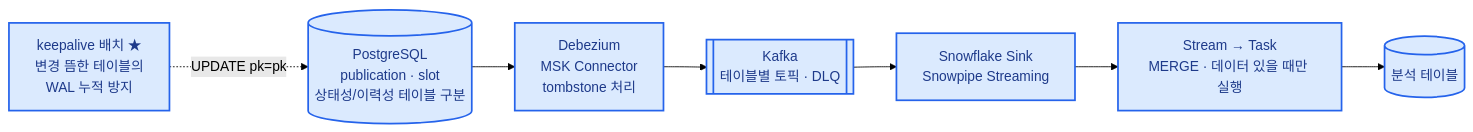
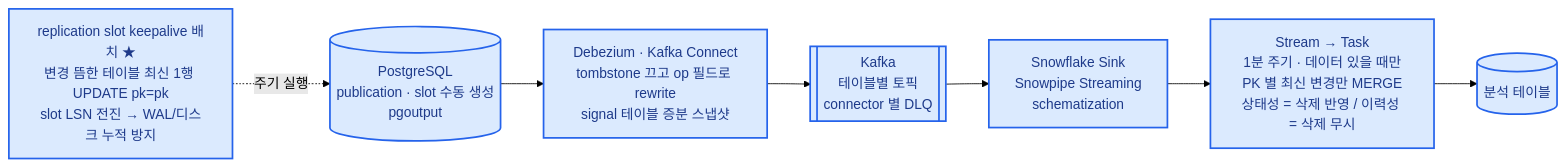
Before and after one commit to shalwxy/career: the diagram in content/diagrams/cdc.mmd, drawn with Mermaid (forest theme). The commit also changed 30 other files, not shown here.

```diff
--- a/content/diagrams/cdc.mmd
+++ b/content/diagrams/cdc.mmd
@@ -1,14 +1,14 @@
 %% title: PostgreSQL CDC → Snowflake
 %% title_en: PostgreSQL CDC → Snowflake
 flowchart LR
-    PG[(PostgreSQL<br/>publication · slot<br/>상태성/이력성 테이블 구분)]
-    DZ[Debezium<br/>MSK Connector<br/>tombstone 처리]
-    K[[Kafka<br/>테이블별 토픽 · DLQ]]
-    SK[Snowflake Sink<br/>Snowpipe Streaming]
-    ST[Stream → Task<br/>MERGE · 데이터 있을 때만 실행]
+    PG[(PostgreSQL<br/>publication · slot 수동 생성<br/>pgoutput)]
+    DZ[Debezium · Kafka Connect<br/>tombstone 끄고 op 필드로 rewrite<br/>signal 테이블 증분 스냅샷]
+    K[[Kafka<br/>테이블별 토픽<br/>connector 별 DLQ]]
+    SK[Snowflake Sink<br/>Snowpipe Streaming<br/>schematization]
+    ST[Stream → Task<br/>1분 주기 · 데이터 있을 때만<br/>PK 별 최신 변경만 MERGE<br/>상태성 = 삭제 반영 / 이력성 = 삭제 무시]
     T[(분석 테이블)]
-    KA[keepalive 배치 ★<br/>변경 뜸한 테이블의<br/>WAL 누적 방지]
+    KA[replication slot keepalive 배치 ★<br/>변경 뜸한 테이블 최신 1행 UPDATE pk=pk<br/>slot LSN 전진 → WAL/디스크 누적 방지]
     PG --> DZ --> K --> SK --> ST --> T
-    KA -. UPDATE pk=pk .-> PG
+    KA -. 주기 실행 .-> PG
     classDef mine fill:#dbeafe,stroke:#2563eb,stroke-width:2px,color:#1e3a8a
     class PG,DZ,K,SK,ST,T,KA mine
```
